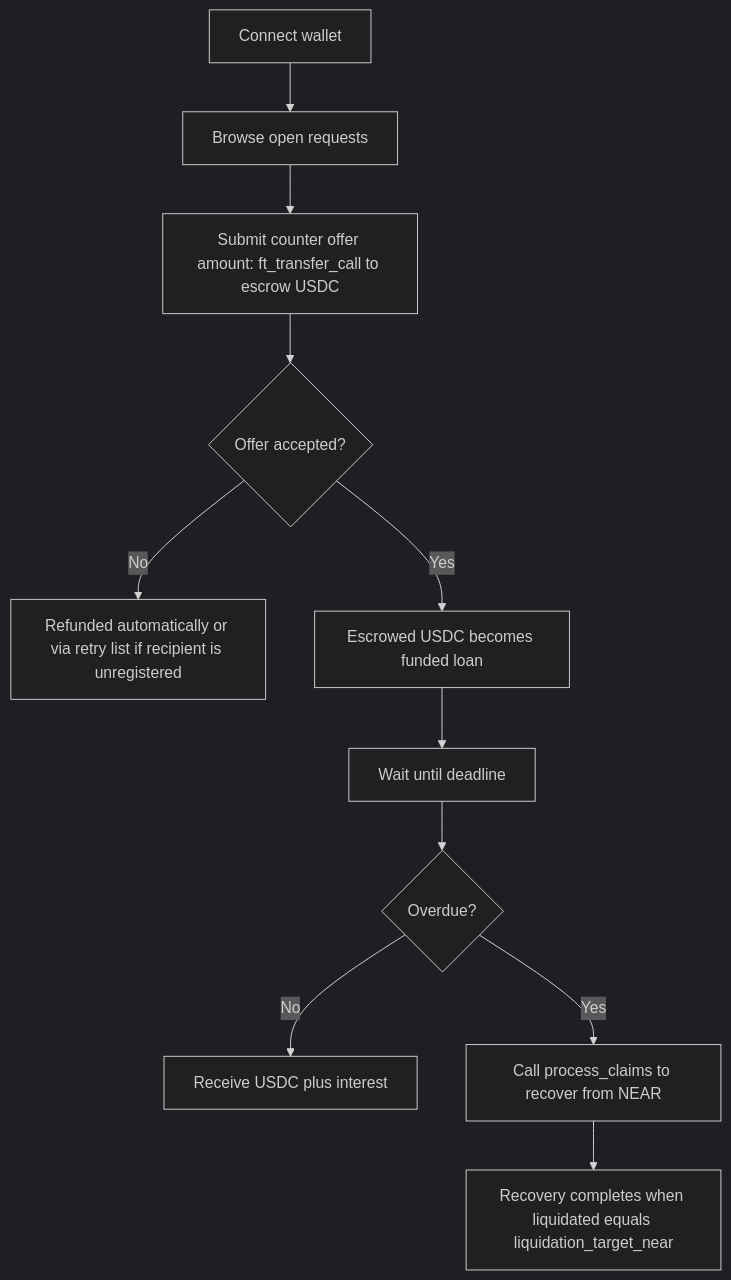
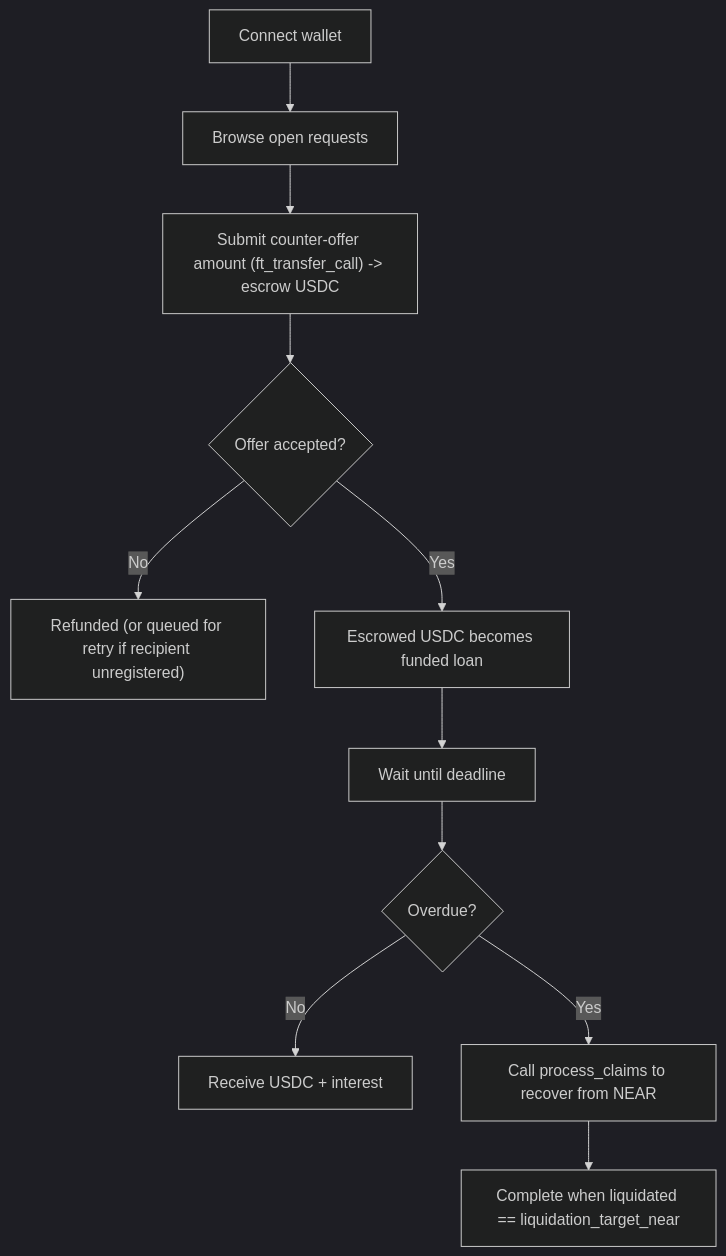
The second of 6 diagrams in PERSONAS_AND_FLOWS.md (sudostake/resources), drawn with Mermaid (dark theme) before and after one commit. The commit also changed other lines of this file, not shown here.

First line of the commit message:
Revise and expand personas and flows documentation

````diff
--- a/PERSONAS_AND_FLOWS.md
+++ b/PERSONAS_AND_FLOWS.md
@@ -114,13 +174,13 @@
 ```mermaid
 flowchart TD
-    A[Connect wallet] --> B[Browse open requests]
-    B --> C[Submit counter offer amount: ft_transfer_call to escrow USDC]
-    C --> D{Offer accepted?}
-    D -- No --> E[Refunded automatically or via retry list if recipient is unregistered]
-    D -- Yes --> F[Escrowed USDC becomes funded loan]
-    F --> G[Wait until deadline]
-    G --> H{Overdue?}
-    H -- No --> I[Receive USDC plus interest]
-    H -- Yes --> J[Call process_claims to recover from NEAR]
-    J --> K[Recovery completes when liquidated equals liquidation_target_near]
+    A["Connect wallet"] --> B["Browse open requests"]
+    B --> C["Submit counter-offer amount (ft_transfer_call) -> escrow USDC"]
+    C --> D{"Offer accepted?"}
+    D -- "No" --> E["Refunded (or queued for retry if recipient unregistered)"]
+    D -- "Yes" --> F["Escrowed USDC becomes funded loan"]
+    F --> G["Wait until deadline"]
+    G --> H{"Overdue?"}
+    H -- "No" --> I["Receive USDC + interest"]
+    H -- "Yes" --> J["Call process_claims to recover from NEAR"]
+    J --> K["Complete when liquidated == liquidation_target_near"]
 ```
````
